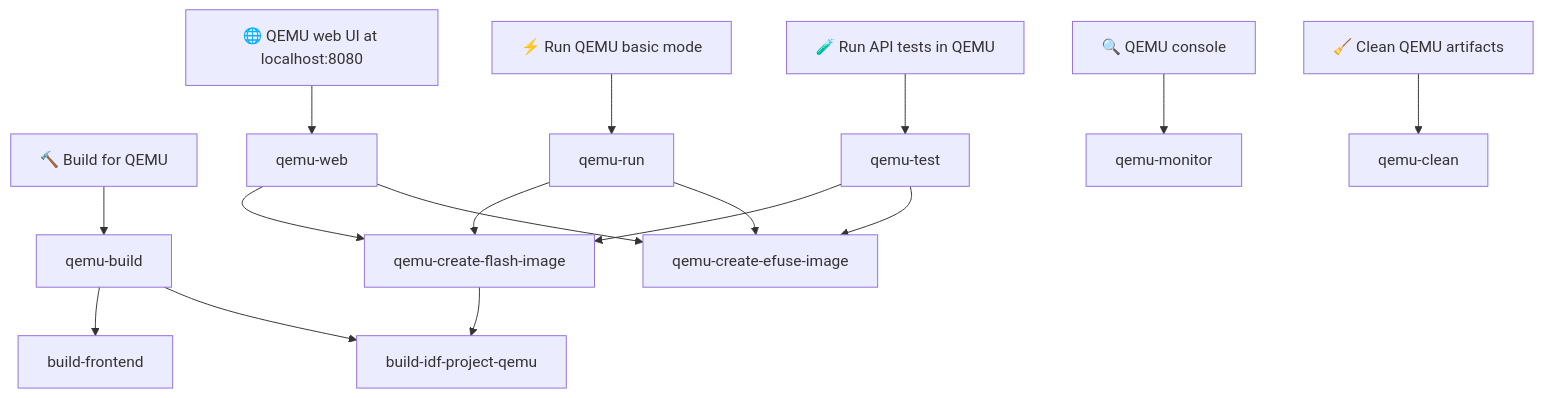
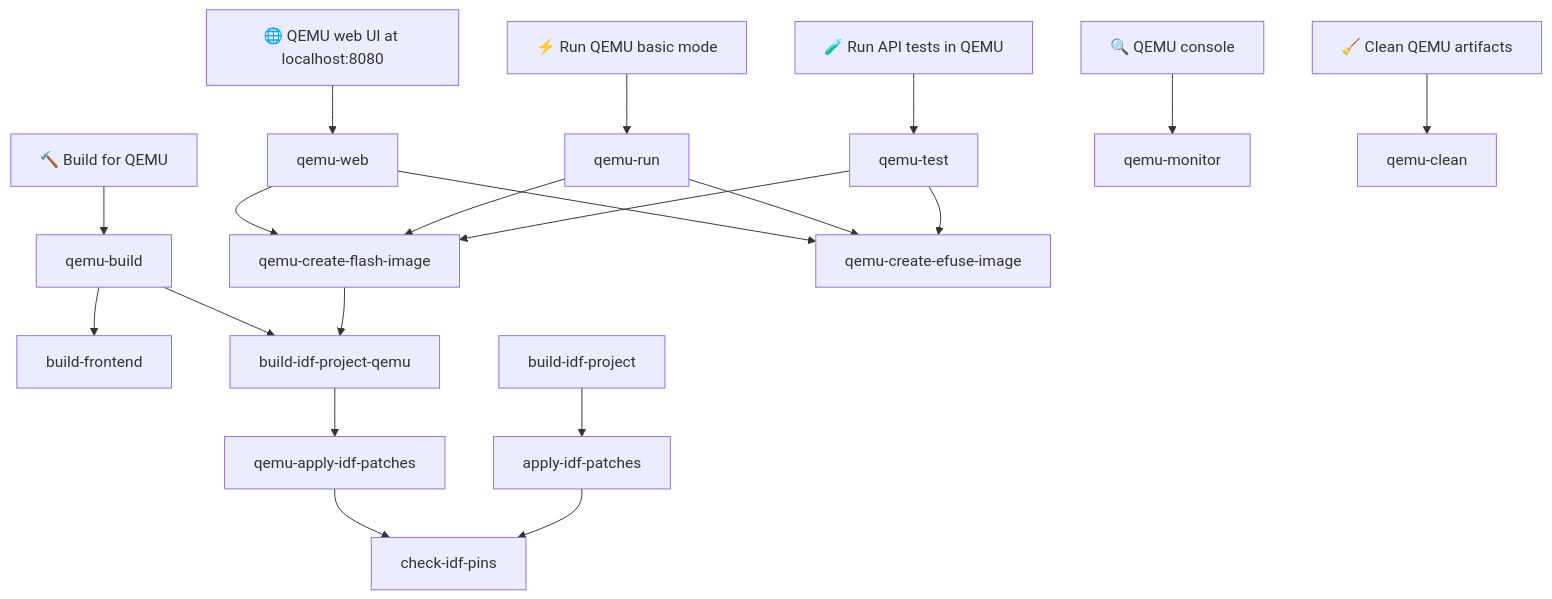
Before and after one commit to wirenboard/wb-mge: the second of 2 diagrams in README.ru.md, drawn with Mermaid. The commit also changed other lines of this file and 6 other files, not shown here.

First line of the commit message:
build: close the remaining ESP-IDF pin gaps

````diff
--- a/README.ru.md
+++ b/README.ru.md
@@ -255,20 +290,24 @@
 ```mermaid
 graph TD
     BQ["🔨 Build for QEMU"] --> qemu-build
     W["🌐 QEMU web UI at localhost:8080"] --> qemu-web
     T["🧪 Run API tests in QEMU"] --> qemu-test
     R["⚡ Run QEMU basic mode"] --> qemu-run
     MC["🔍 QEMU console"] --> qemu-monitor
     CQ["🧹 Clean QEMU artifacts"] --> qemu-clean
 
     qemu-build --> build-frontend
     qemu-build --> build-idf-project-qemu
 
     qemu-web --> qemu-create-flash-image
     qemu-web --> qemu-create-efuse-image
     qemu-run --> qemu-create-flash-image
     qemu-run --> qemu-create-efuse-image
     qemu-test --> qemu-create-flash-image
     qemu-test --> qemu-create-efuse-image
     qemu-create-flash-image --> build-idf-project-qemu
+    build-idf-project-qemu --> qemu-apply-idf-patches
+    build-idf-project --> apply-idf-patches
+    qemu-apply-idf-patches --> check-idf-pins
+    apply-idf-patches --> check-idf-pins
 ```
````
